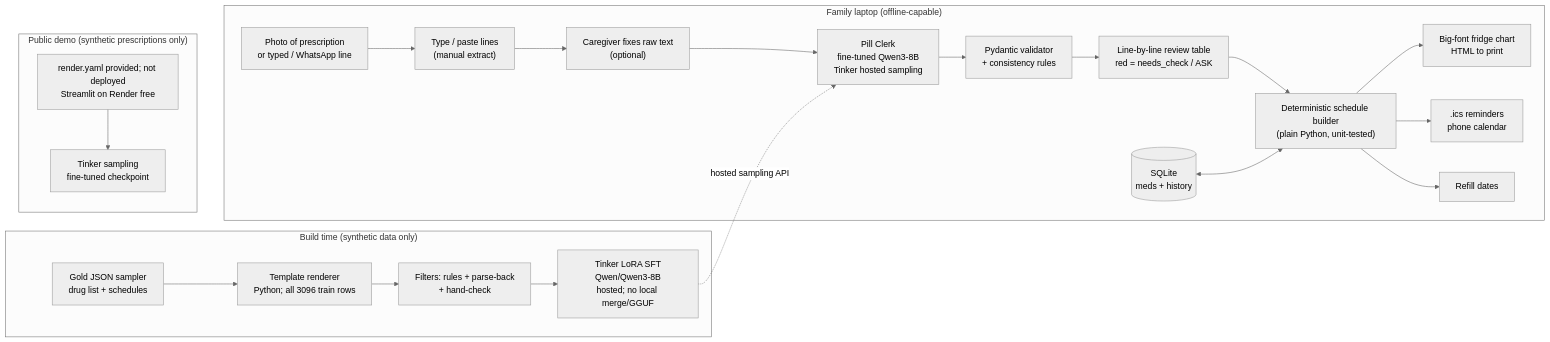
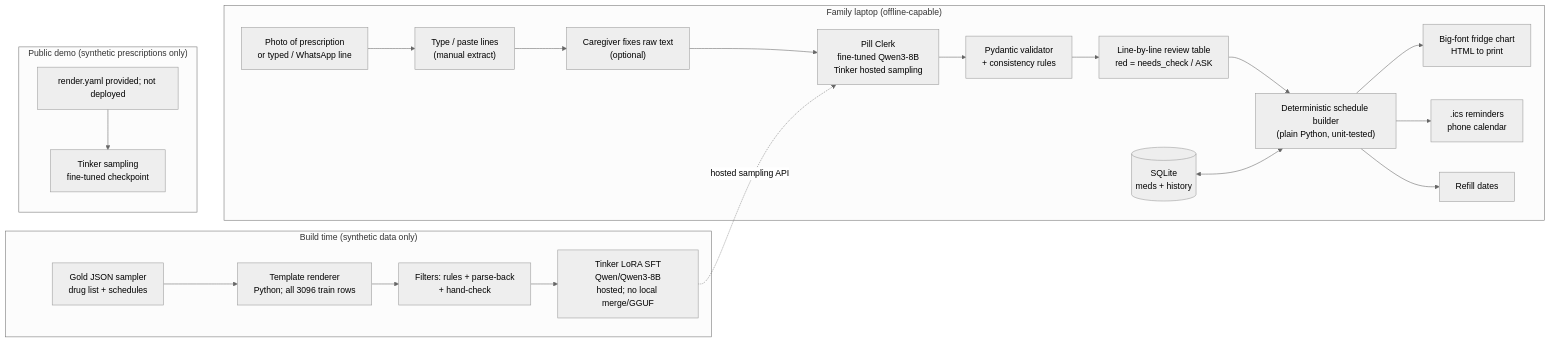
One commit to Vedant817/aaji-pill-clerk changed the first of 4 diagrams in IDEA.md. Above: the diagram before and after it, drawn with Mermaid (neutral theme). The commit also changed other lines of this file and 44 other files, not shown here.

````diff
--- a/IDEA.md
+++ b/IDEA.md
@@ -138,27 +138,27 @@
 ```mermaid
 flowchart LR
     subgraph HOME["Family laptop (offline-capable)"]
         IN["Photo of prescription<br/>or typed / WhatsApp line"] --> OCR["Type / paste lines<br/>(manual extract)"]
         OCR --> REV1["Caregiver fixes raw text<br/>(optional)"]
         REV1 --> PC["Pill Clerk<br/>fine-tuned Qwen3-8B<br/>Tinker hosted sampling"]
         PC --> VAL["Pydantic validator<br/>+ consistency rules"]
         VAL --> REV2["Line-by-line review table<br/>red = needs_check / ASK"]
         REV2 --> SCH["Deterministic schedule builder<br/>(plain Python, unit-tested)"]
         SCH --> CHART["Big-font fridge chart<br/>HTML to print"]
         SCH --> ICS[".ics reminders<br/>phone calendar"]
         SCH --> REFILL["Refill dates"]
         DB[("SQLite<br/>meds + history")] <--> SCH
     end
 
     subgraph BUILD["Build time (synthetic data only)"]
         SAMP["Gold JSON sampler<br/>drug list + schedules"] --> TPL["Template renderer<br/>Python; all 3096 train rows"]
         TPL --> FILT["Filters: rules + parse-back<br/>+ hand-check"]
         FILT --> TK["Tinker LoRA SFT<br/>Qwen/Qwen3-8B<br/>hosted; no local merge/GGUF"]
     end
 
     TK -.->|"hosted sampling API"| PC
 
     subgraph CLOUD["Public demo (synthetic prescriptions only)"]
-        APP["render.yaml provided; not deployed<br/>Streamlit on Render free"] --> TKS["Tinker sampling<br/>fine-tuned checkpoint"]
+        APP["render.yaml provided; not deployed"] --> TKS["Tinker sampling<br/>fine-tuned checkpoint"]
     end
 ```
````
